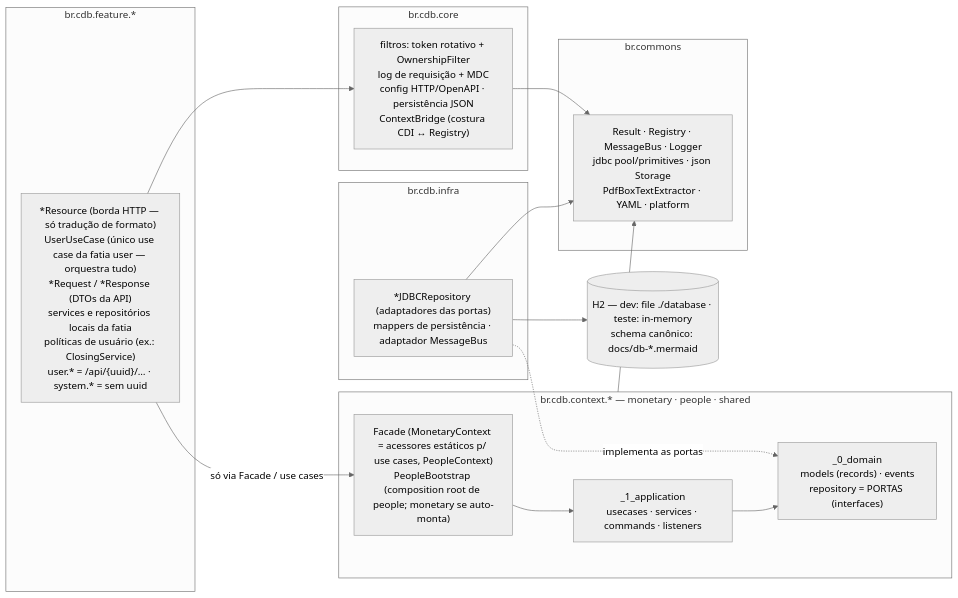
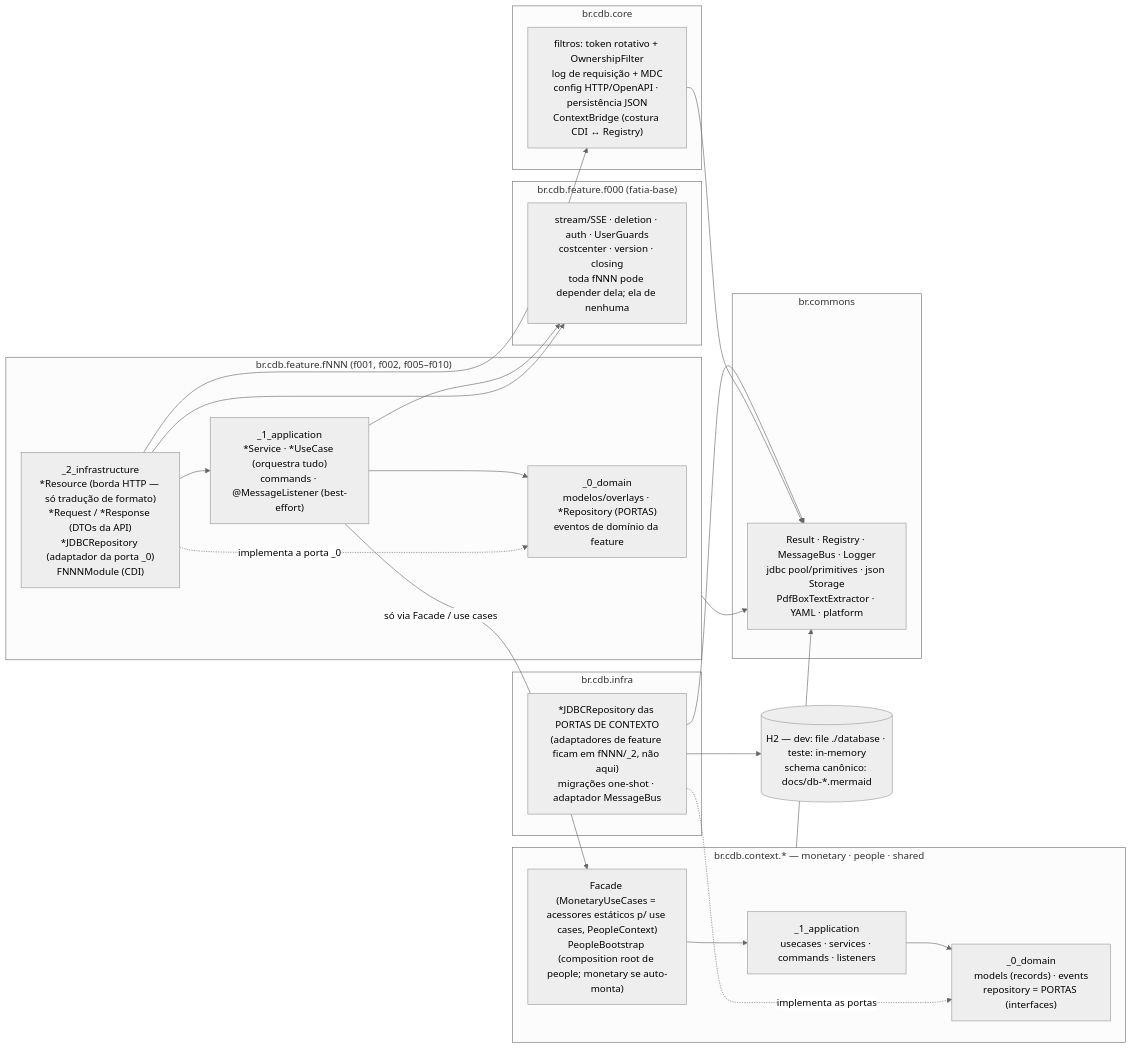
Before and after one commit to bkaraujo/cdb-judas: the diagram in docs/architecture-backend.mermaid, drawn with Mermaid (neutral theme). The commit also changed 5 other files, not shown here.

First line of the commit message:
docs: update CLAUDE.md and architecture diagrams for the fNNN restructure

```diff
--- a/docs/architecture-backend.mermaid
+++ b/docs/architecture-backend.mermaid
@@ -1,40 +1,53 @@
 flowchart LR
 %% CDB Finance — Backend: diagrama de pacotes (placement de classes).
 %% Cada caixa diz o que MORA no pacote; setas = dependências permitidas.
 %% ArchUnit proíbe: feature→contexto fora da Facade/use cases; Resource→Repository;
-%% contexto→framework; _1_application→infra; core→feature; fatia↔fatia dentro de
-%% feature.user (composição só via UserUseCase); feature.system→feature.user.
+%% contexto→framework; _1_application→_2_infrastructure (vale por contexto E por fNNN);
+%% core→feature. fatia fNNN↔fNNN (exceto via f000) é hoje só transitório — sem regra
+%% ArchUnit ainda, pendente da migração ON DELETE CASCADE (ver .claude/refactor.md).
 
-    subgraph feature["br.cdb.feature.*"]
-        FEAT["*Resource (borda HTTP — só tradução de formato)<br>UserUseCase (único use case da fatia user — orquestra tudo)<br>*Request / *Response (DTOs da API)<br>services e repositórios locais da fatia<br>políticas de usuário (ex.: ClosingService)<br>user.* = /api/{uuid}/… · system.* = sem uuid"]
+    subgraph feature["br.cdb.feature.fNNN  (f001, f002, f005–f010)"]
+        F2["_2_infrastructure<br>*Resource (borda HTTP — só tradução de formato)<br>*Request / *Response (DTOs da API)<br>*JDBCRepository (adaptador da porta _0)<br>FNNNModule (CDI)"]
+        F1["_1_application<br>*Service · *UseCase (orquestra tudo)<br>commands · @MessageListener (best-effort)"]
+        F0["_0_domain<br>modelos/overlays · *Repository (PORTAS)<br>eventos de domínio da feature"]
+    end
+
+    subgraph base["br.cdb.feature.f000  (fatia-base)"]
+        BASE["stream/SSE · deletion · auth · UserGuards<br>costcenter · version · closing<br>toda fNNN pode depender dela; ela de nenhuma"]
     end
 
     subgraph core["br.cdb.core"]
         CORE["filtros: token rotativo + OwnershipFilter<br>log de requisição + MDC<br>config HTTP/OpenAPI · persistência JSON<br>ContextBridge (costura CDI ↔ Registry)"]
     end
 
     subgraph context["br.cdb.context.*  — monetary · people · shared"]
-        FAC["Facade (MonetaryContext = acessores estáticos p/ use cases, PeopleContext)<br>PeopleBootstrap (composition root de people; monetary se auto-monta)"]
+        FAC["Facade (MonetaryUseCases = acessores estáticos p/ use cases, PeopleContext)<br>PeopleBootstrap (composition root de people; monetary se auto-monta)"]
         APP["_1_application<br>usecases · services · commands · listeners"]
         DOM["_0_domain<br>models (records) · events<br>repository = PORTAS (interfaces)"]
     end
 
     subgraph infra["br.cdb.infra"]
-        INF["*JDBCRepository (adaptadores das portas)<br>mappers de persistência · adaptador MessageBus"]
+        INF["*JDBCRepository das PORTAS DE CONTEXTO<br>(adaptadores de feature ficam em fNNN/_2, não aqui)<br>migrações one-shot · adaptador MessageBus"]
     end
 
     subgraph commons["br.commons"]
         COM["Result · Registry · MessageBus · Logger<br>jdbc pool/primitives · json Storage<br>PdfBoxTextExtractor · YAML · platform"]
     end
 
     DB[("H2 — dev: file ./database · teste: in-memory<br>schema canônico: docs/db-*.mermaid")]
 
-    FEAT -->|"só via Facade / use cases"| FAC
-    FEAT --> CORE
+    F2 --> F1
+    F1 --> F0
+    F2 -.->|"implementa a porta _0"| F0
+    F1 -->|"só via Facade / use cases"| FAC
+    F1 --> BASE
+    F2 --> BASE
+    F2 --> CORE
     FAC --> APP
     APP --> DOM
     INF -.->|"implementa as portas"| DOM
     INF --> DB
     context --> COM
     INF --> COM
     CORE --> COM
+    feature --> COM
```
